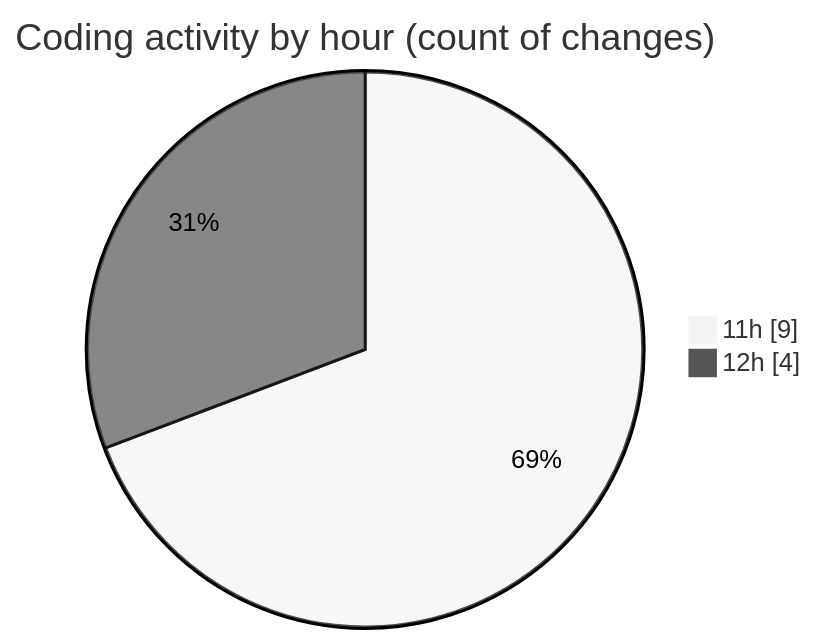
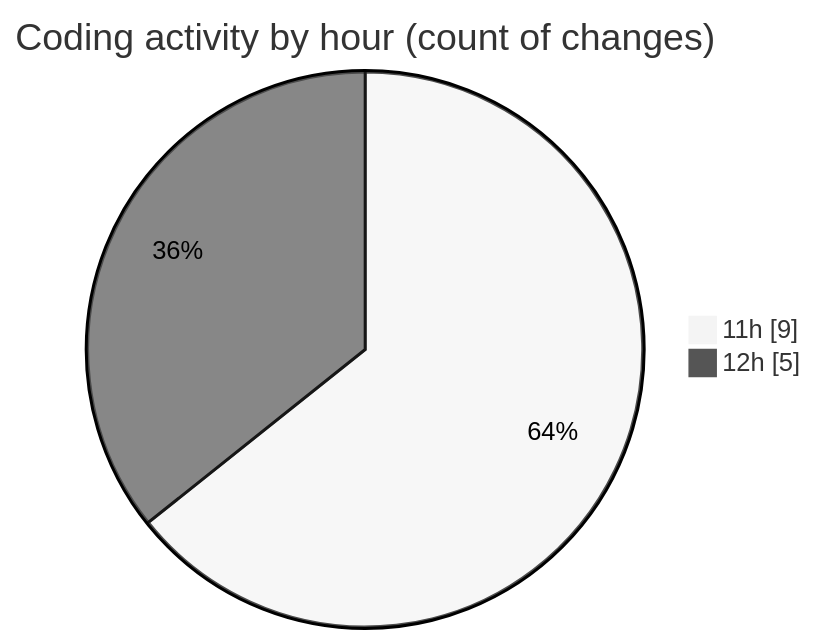
Before and after one commit to debugP/code-tracking: the second of 2 diagrams in 2026-07-09/wp-content/README.md, drawn with Mermaid (neutral theme). The commit also changed other lines of this file and 1 other file, not shown here.

````diff
--- a/2026-07-09/wp-content/README.md
+++ b/2026-07-09/wp-content/README.md
@@ -32,6 +32,6 @@
 ```mermaid
 pie showData
 title Coding activity by hour (count of changes)
 "11h" : 9
-"12h" : 4
+"12h" : 5
 ```
````
